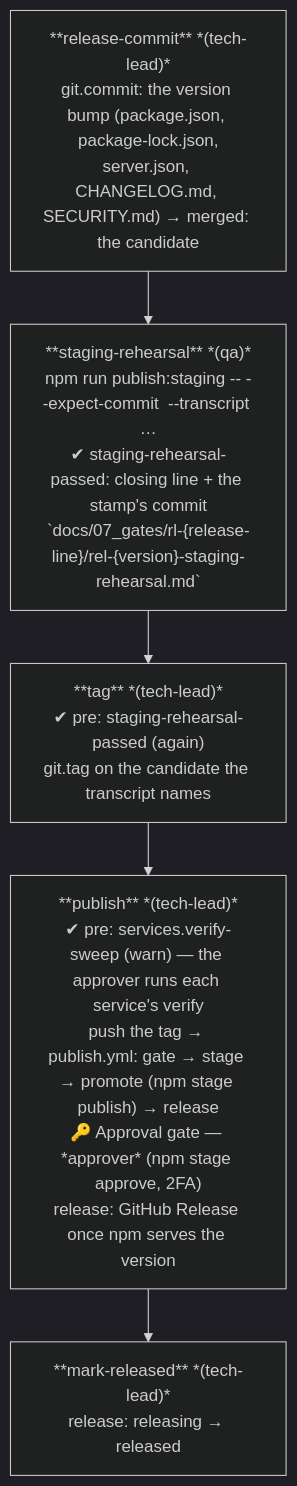
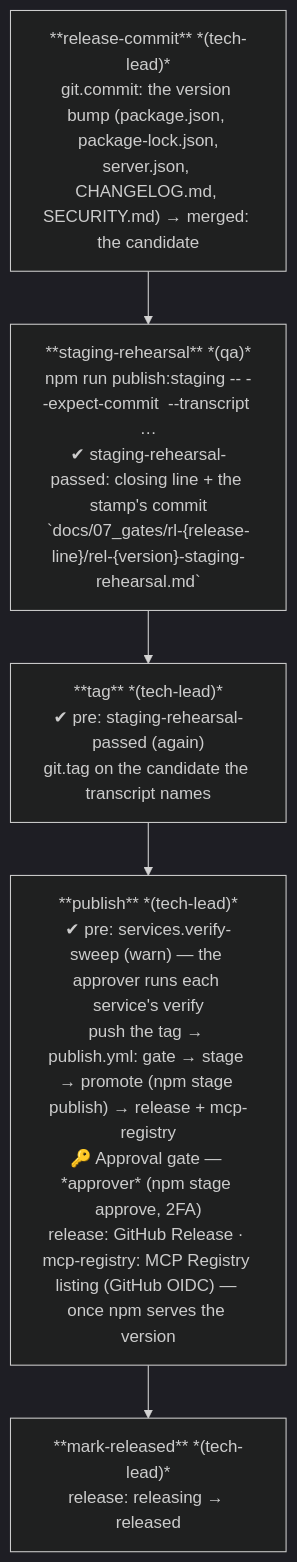
Before and after one commit to wingfoil/wingfoil: diagram 14 of 28 in .wingfoil/WORKFLOW.md, drawn with Mermaid (dark theme). The commit also changed 4 other files, not shown here.

First line of the commit message:
fix(publish): task-238 — MCP Registry job over GitHub OIDC, job timeouts, annotated-tag gate, runbook (bug-173, bug-174, bug-060)

````diff
--- a/.wingfoil/WORKFLOW.md
+++ b/.wingfoil/WORKFLOW.md
@@ -355,10 +355,10 @@
 ```mermaid
 flowchart TD
     RC["**release-commit** *(tech-lead)*\ngit.commit: the version bump (package.json, package-lock.json,\nserver.json, CHANGELOG.md, SECURITY.md) → merged: the candidate"]
     SR["**staging-rehearsal** *(qa)*\nnpm run publish:staging -- --expect-commit <candidate> --transcript …\n✔ staging-rehearsal-passed: closing line + the stamp's commit\n`docs/07_gates/rl-{release-line}/rel-{version}-staging-rehearsal.md`"]
     TG["**tag** *(tech-lead)*\n✔ pre: staging-rehearsal-passed (again)\ngit.tag on the candidate the transcript names"]
-    PB["**publish** *(tech-lead)*\n✔ pre: services.verify-sweep (warn) — the approver runs each service's verify\npush the tag → publish.yml: gate → stage → promote (npm stage publish) → release\n🔑 Approval gate — *approver* (npm stage approve, 2FA)\nrelease: GitHub Release once npm serves the version"]
+    PB["**publish** *(tech-lead)*\n✔ pre: services.verify-sweep (warn) — the approver runs each service's verify\npush the tag → publish.yml: gate → stage → promote (npm stage publish) → release + mcp-registry\n🔑 Approval gate — *approver* (npm stage approve, 2FA)\nrelease: GitHub Release · mcp-registry: MCP Registry listing (GitHub OIDC) — once npm serves the version"]
     MR["**mark-released** *(tech-lead)*\nrelease: releasing → released"]
 
     RC --> SR --> TG --> PB --> MR
 ```
````
